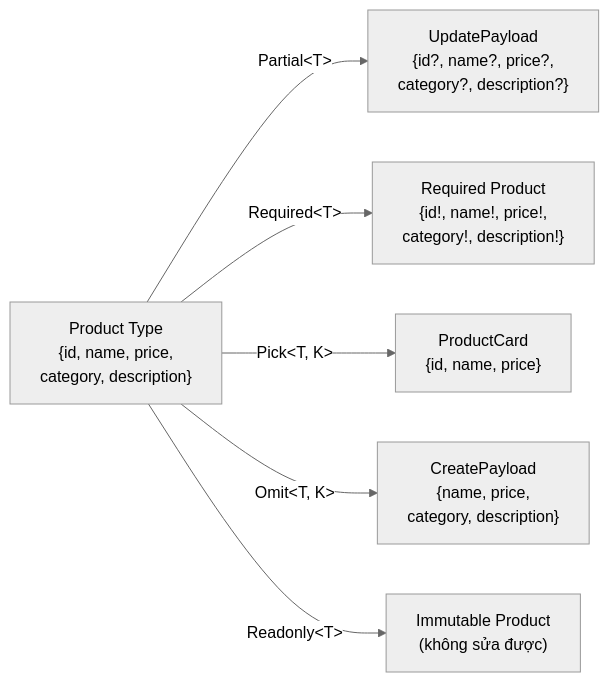
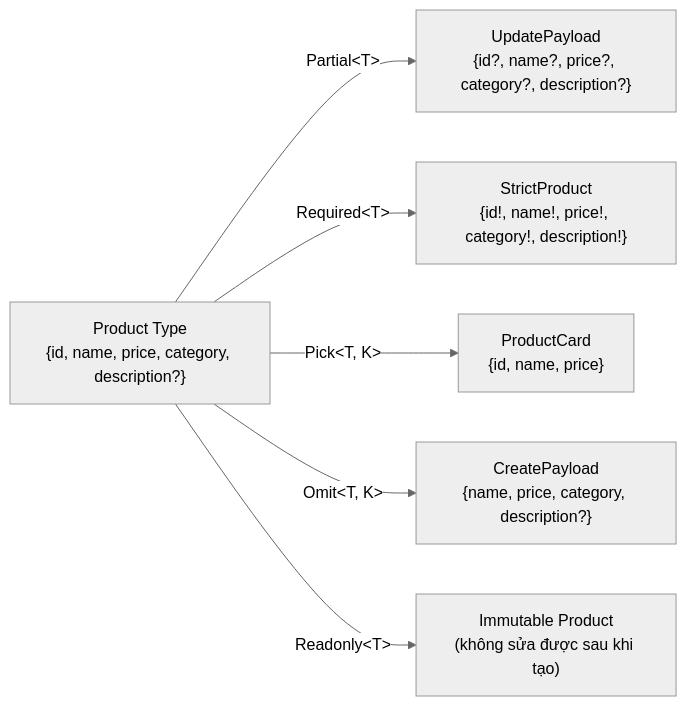
The third of 4 diagrams in blog/2026-03-31-typescript-comprehensive-guide/index.md (vuanhtu1993/vuanhtu1993.github.io), drawn with Mermaid (neutral theme) before and after one commit. The commit also changed other lines of this file and 126 other files, not shown here.

````diff
--- a/blog/2026-03-31-typescript-comprehensive-guide/index.md
+++ b/blog/2026-03-31-typescript-comprehensive-guide/index.md
@@ -785,10 +907,10 @@
 ```mermaid
 flowchart LR
-    Base["Product Type\n{id, name, price,\ncategory, description}"]
+    Base["Product Type<br/>{id, name, price, category, description?}"]
 
-    Base -->|"Partial&lt;T&gt;"| P["UpdatePayload\n{id?, name?, price?,\ncategory?, description?}"]
-    Base -->|"Required&lt;T&gt;"| R["Required Product\n{id!, name!, price!,\ncategory!, description!}"]
-    Base -->|"Pick&lt;T, K&gt;"| PK["ProductCard\n{id, name, price}"]
-    Base -->|"Omit&lt;T, K&gt;"| OM["CreatePayload\n{name, price,\ncategory, description}"]
-    Base -->|"Readonly&lt;T&gt;"| RO["Immutable Product\n(không sửa được)"]
+    Base --> |"Partial&lt;T&gt;"| P["UpdatePayload<br/>{id?, name?, price?, category?, description?}"]
+    Base --> |"Required&lt;T&gt;"| R["StrictProduct<br/>{id!, name!, price!, category!, description!}"]
+    Base --> |"Pick&lt;T, K&gt;"| PK["ProductCard<br/>{id, name, price}"]
+    Base --> |"Omit&lt;T, K&gt;"| OM["CreatePayload<br/>{name, price, category, description?}"]
+    Base --> |"Readonly&lt;T&gt;"| RO["Immutable Product<br/>(không sửa được sau khi tạo)"]
 ```
````
